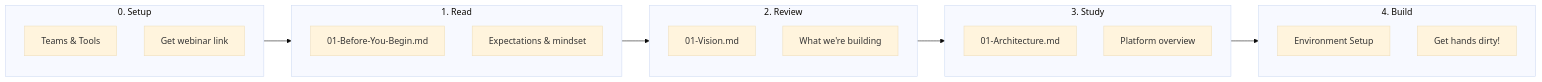
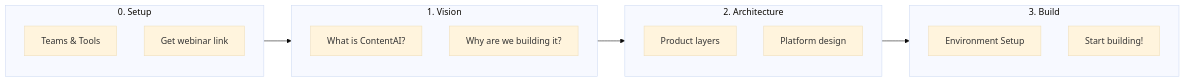
Before and after one commit to PearlThoughtsInternship/Internship-Obsidian-Vault: the second of 4 diagrams in DevOps/README.md, drawn with Mermaid (base theme). The commit also changed other lines of this file and 4 other files, not shown here.

First line of the commit message:
Reframe all internship docs around ContentAI product narrative

````diff
--- a/DevOps/README.md
+++ b/DevOps/README.md
@@ -30,29 +60,24 @@
 ```mermaid
 flowchart LR
     subgraph Setup["0. Setup"]
         S1["Teams & Tools"]
         S2["Get webinar link"]
     end
 
-    subgraph Read["1. Read"]
-        R1["01-Before-You-Begin.md"]
-        R2["Expectations & mindset"]
+    subgraph Vision["1. Vision"]
+        V1["What is ContentAI?"]
+        V2["Why are we building it?"]
     end
 
-    subgraph Review["2. Review"]
-        V1["01-Vision.md"]
-        V2["What we're building"]
+    subgraph Architecture["2. Architecture"]
+        A1["Product layers"]
+        A2["Platform design"]
     end
 
-    subgraph Study["3. Study"]
-        ST1["01-Architecture.md"]
-        ST2["Platform overview"]
+    subgraph Build["3. Build"]
+        B1["Environment Setup"]
+        B2["Start building!"]
     end
 
-    subgraph Build["4. Build"]
-        B1["Environment Setup"]
-        B2["Get hands dirty!"]
-    end
-
-    Setup --> Read --> Review --> Study --> Build
+    Setup --> Vision --> Architecture --> Build
 ```
````
